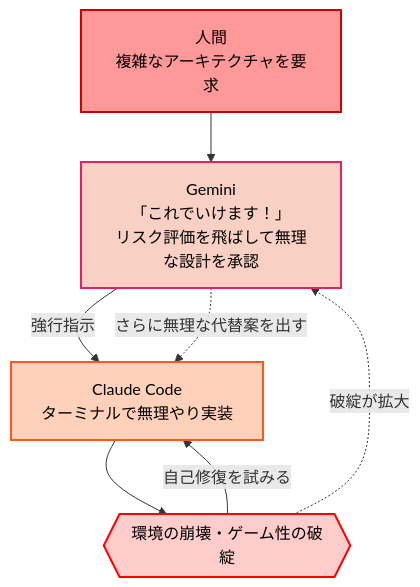
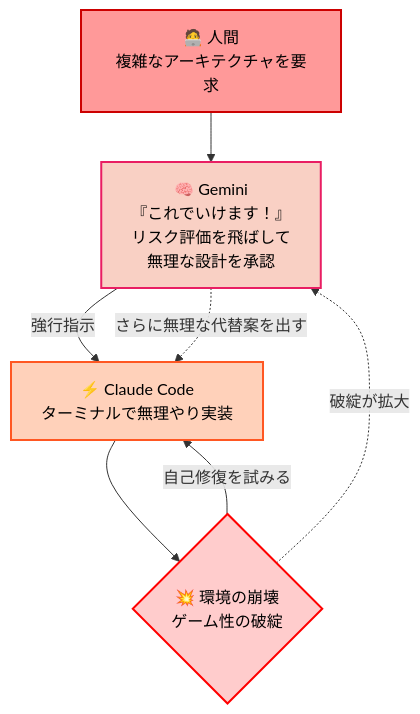
One commit to HarukiMitsui/Clio changed the second of 3 diagrams in articles/wisdom-post-mortem.md. Above: the diagram before and after it, drawn with Mermaid. The commit also changed other lines of this file and 6 other files, not shown here.

````diff
--- a/articles/wisdom-post-mortem.md
+++ b/articles/wisdom-post-mortem.md
@@ -49,14 +55,14 @@
 ```mermaid
 flowchart TD
     classDef human fill:#ff9999,stroke:#cc0000,stroke-width:2px,color:#000
     classDef gemini fill:#f9d0c4,stroke:#e91e63,stroke-width:2px,color:#000
     classDef claude fill:#ffd1ba,stroke:#ff5722,stroke-width:2px,color:#000
     classDef error fill:#ffcccc,stroke:#ff0000,stroke-width:2px,color:#000
 
-    H[人間<br/>複雑なアーキテクチャを要求]:::human --> G
-    G[Gemini<br/>「これでいけます！」<br/>リスク評価を飛ばして無理な設計を承認]:::gemini -->|強行指示| C
-    C[Claude Code<br/>ターミナルで無理やり実装]:::claude --> E
-    E{{環境の崩壊・ゲーム性の破綻}}:::error -->|自己修復を試みる| C
+    H["🧑‍💻 人間<br/>複雑なアーキテクチャを要求"]:::human --> G
+    G["🧠 Gemini<br/>『これでいけます！』<br/>リスク評価を飛ばして<br/>無理な設計を承認"]:::gemini -->|強行指示| C
+    C["⚡ Claude Code<br/>ターミナルで無理やり実装"]:::claude --> E
+    E{"💥 環境の崩壊<br/>ゲーム性の破綻"}:::error -->|自己修復を試みる| C
     E -.->|破綻が拡大| G
     G -.->|さらに無理な代替案を出す| C
 ```
````
